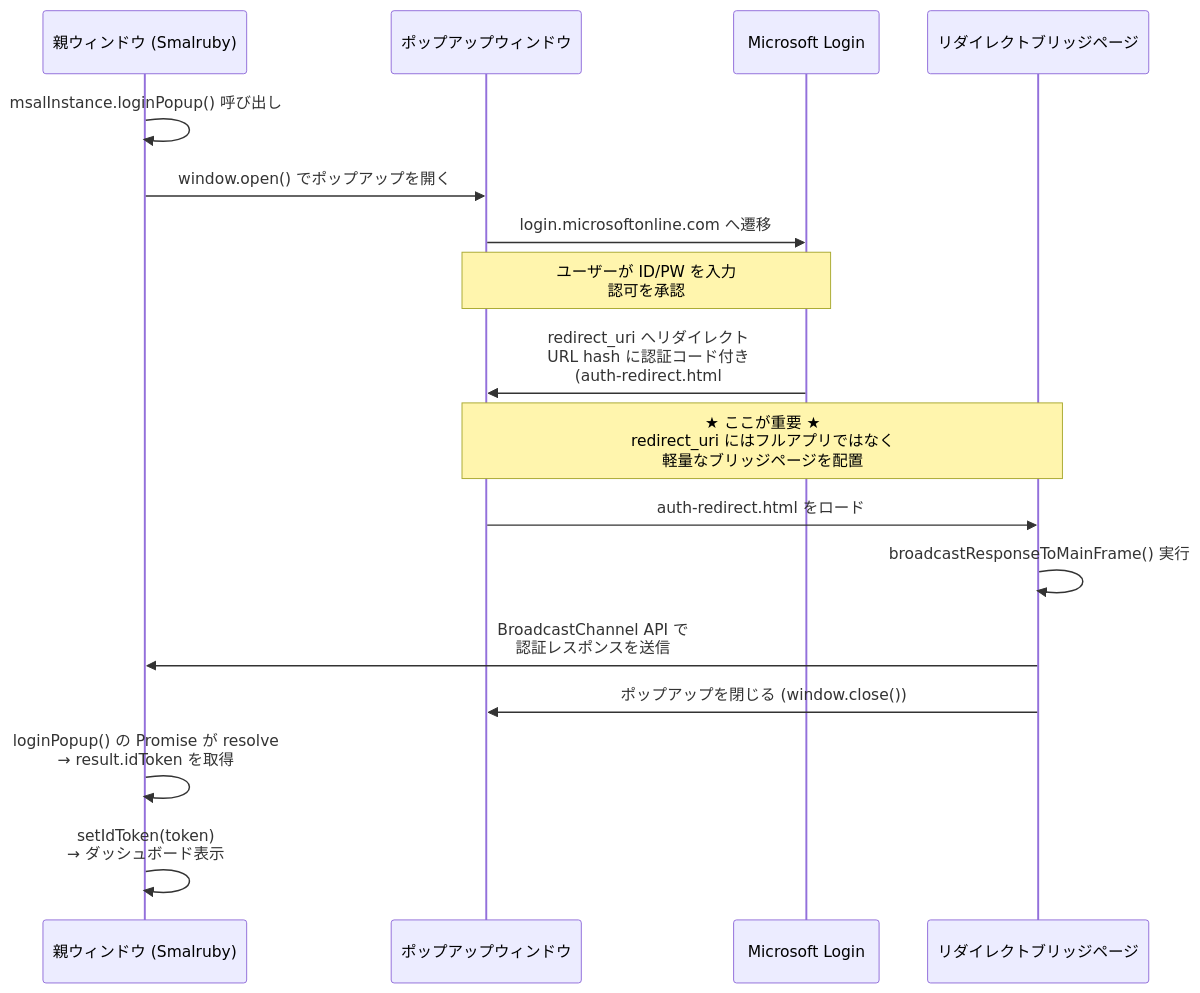
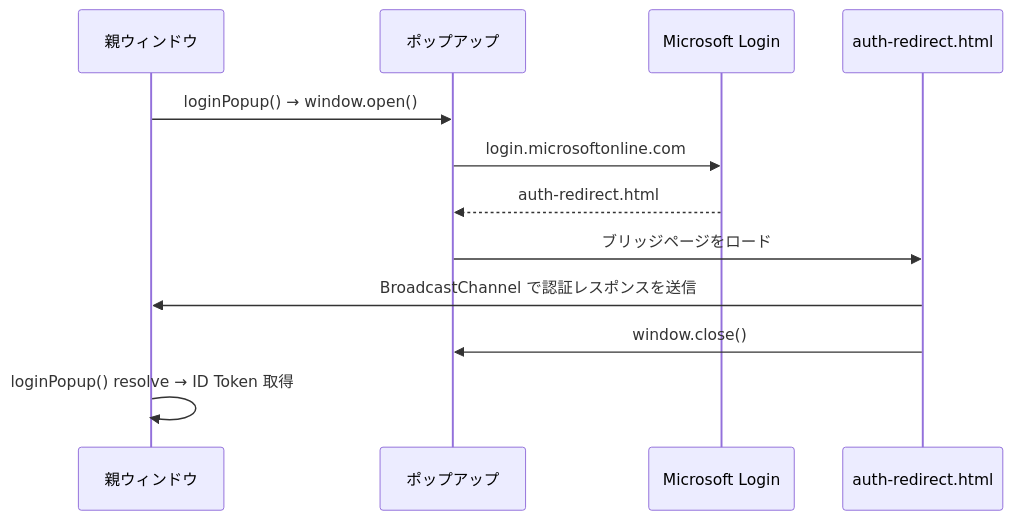
One commit to smalruby/smalruby3-editor changed the diagram in docs/classroom/microsoft-authentication.md. Above: the diagram before and after it, drawn with Mermaid. The commit also changed other lines of this file, not shown here.

````diff
--- a/docs/classroom/microsoft-authentication.md
+++ b/docs/classroom/microsoft-authentication.md
@@ -27,24 +9,15 @@
 ```mermaid
 sequenceDiagram
-    participant Parent as 親ウィンドウ (Smalruby)
-    participant Popup as ポップアップウィンドウ
+    participant Parent as 親ウィンドウ
+    participant Popup as ポップアップ
     participant MS as Microsoft Login
-    participant Bridge as リダイレクトブリッジページ
+    participant Bridge as auth-redirect.html
 
-    Parent->>Parent: msalInstance.loginPopup() 呼び出し
-    Parent->>Popup: window.open() でポップアップを開く
-    Popup->>MS: login.microsoftonline.com へ遷移
-    Note over Popup,MS: ユーザーが ID/PW を入力<br/>認可を承認
-
-    MS->>Popup: redirect_uri へリダイレクト<br/>URL hash に認証コード付き<br/>(auth-redirect.html#code=...&state=...)
-
-    Note over Popup,Bridge: ★ ここが重要 ★<br/>redirect_uri にはフルアプリではなく<br/>軽量なブリッジページを配置
-
-    Popup->>Bridge: auth-redirect.html をロード
-    Bridge->>Bridge: broadcastResponseToMainFrame() 実行
-    Bridge->>Parent: BroadcastChannel API で<br/>認証レスポンスを送信
-    Bridge->>Popup: ポップアップを閉じる (window.close())
-
-    Parent->>Parent: loginPopup() の Promise が resolve<br/>→ result.idToken を取得
-    Parent->>Parent: setIdToken(token)<br/>→ ダッシュボード表示
+    Parent->>Popup: loginPopup() → window.open()
+    Popup->>MS: login.microsoftonline.com
+    MS-->>Popup: auth-redirect.html#code=...
+    Popup->>Bridge: ブリッジページをロード
+    Bridge->>Parent: BroadcastChannel で認証レスポンスを送信
+    Bridge->>Popup: window.close()
+    Parent->>Parent: loginPopup() resolve → ID Token 取得
 ```
````
